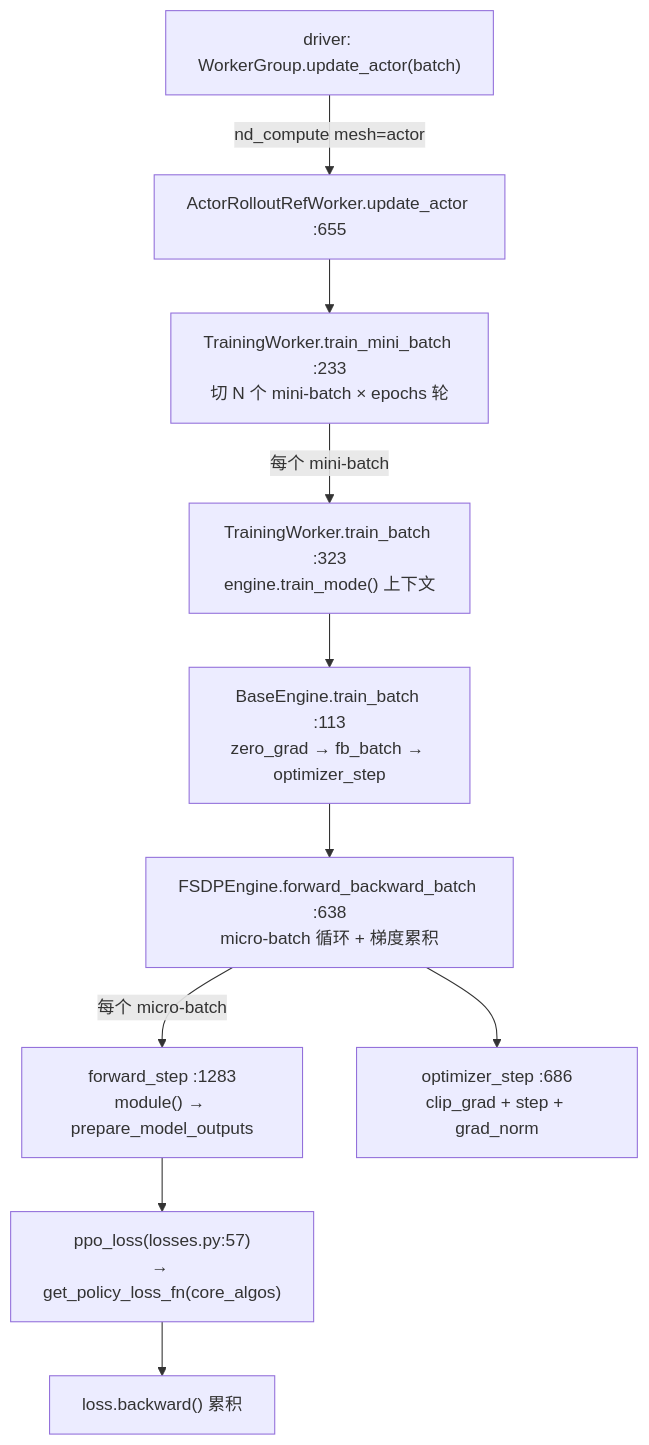
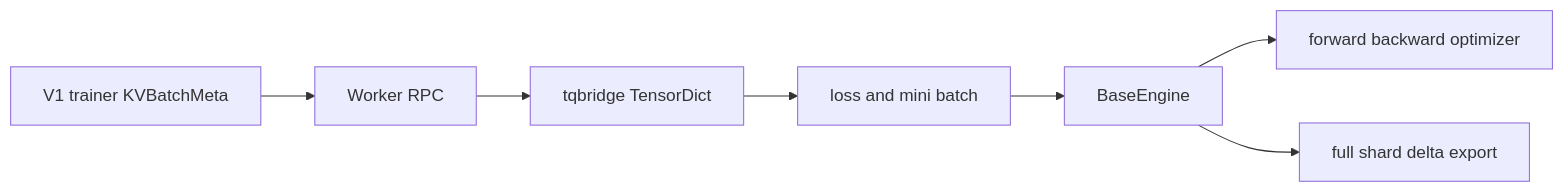
One commit to suhaibo666/llm-knowledge changed the diagram in wiki/02_engineering/04_posttrain_frameworks/verl/13_verl_workers_engine_analysis.md. Above: the diagram before and after it, drawn with Mermaid. The commit also changed other lines of this file and 19 other files, not shown here.

````diff
--- a/wiki/02_engineering/04_posttrain_frameworks/verl/13_verl_workers_engine_analysis.md
+++ b/wiki/02_engineering/04_posttrain_frameworks/verl/13_verl_workers_engine_analysis.md
@@ -222,12 +26,9 @@
 ```mermaid
-flowchart TD
-    A["driver: WorkerGroup.update_actor(batch)"] -->|nd_compute mesh=actor| B["ActorRolloutRefWorker.update_actor :655"]
-    B --> C["TrainingWorker.train_mini_batch :233<br/>切 N 个 mini-batch × epochs 轮"]
-    C -->|每个 mini-batch| D["TrainingWorker.train_batch :323<br/>engine.train_mode() 上下文"]
-    D --> E["BaseEngine.train_batch :113<br/>zero_grad → fb_batch → optimizer_step"]
-    E --> F["FSDPEngine.forward_backward_batch :638<br/>micro-batch 循环 + 梯度累积"]
-    F -->|每个 micro-batch| G["forward_step :1283<br/>module() → prepare_model_outputs"]
-    G --> H["ppo_loss(losses.py:57)<br/>→ get_policy_loss_fn(core_algos)"]
-    H --> I["loss.backward() 累积"]
-    F --> J["optimizer_step :686<br/>clip_grad + step + grad_norm"]
+flowchart LR
+    A["V1 trainer KVBatchMeta"] --> B["Worker RPC"]
+    B --> C["tqbridge TensorDict"]
+    C --> D["loss and mini batch"]
+    D --> E["BaseEngine"]
+    E --> F["forward backward optimizer"]
+    E --> G["full shard delta export"]
 ```
````
